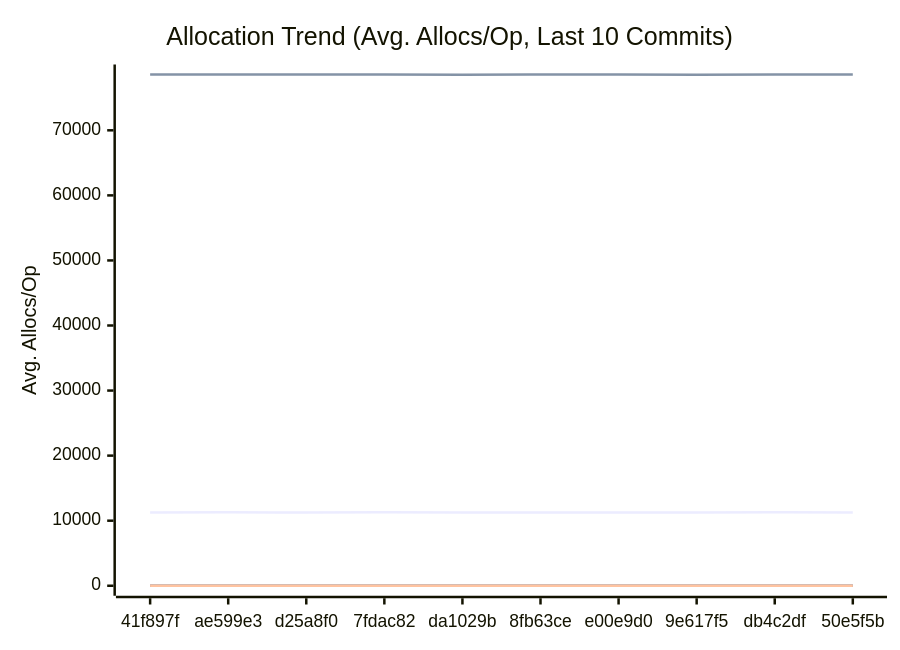
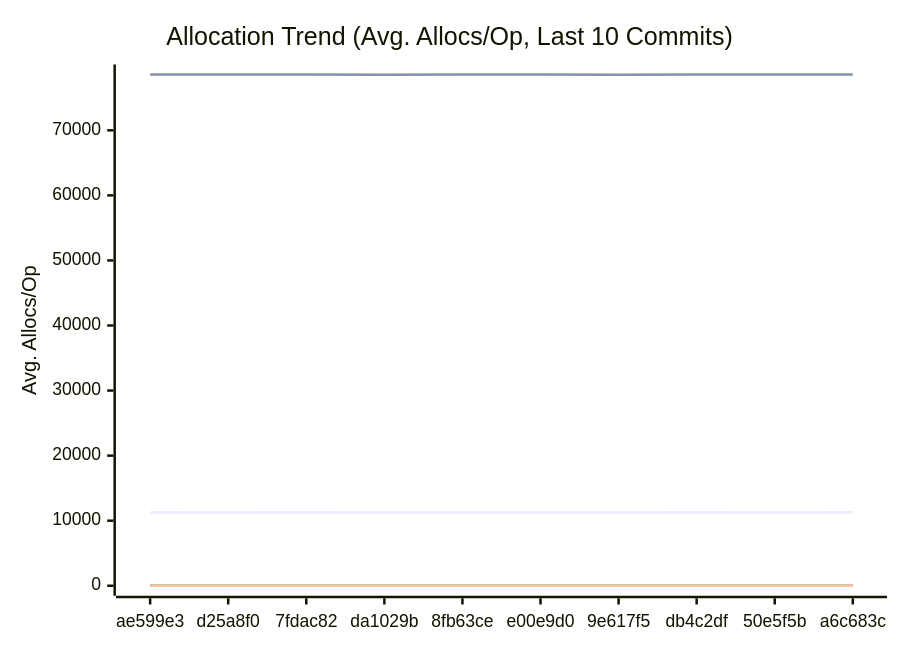
Before and after one commit to alsotoes/momo: the third of 3 diagrams in docs/PERFORMANCE.md, drawn with Mermaid. The commit also changed other lines of this file and 3 other files, not shown here.

````diff
--- a/docs/PERFORMANCE.md
+++ b/docs/PERFORMANCE.md
@@ -197,20 +197,20 @@
 ```mermaid
 xychart-beta
     title "Allocation Trend (Avg. Allocs/Op, Last 10 Commits)"
     x-axis "Commit"
     y-axis "Avg. Allocs/Op"
-    x-axis [41f897f,ae599e3,d25a8f0,7fdac82,da1029b,8fb63ce,e00e9d0,9e617f5,db4c2df,50e5f5b]
-    line "AWSChunkedReaderSigned" [11275,11278,11276,11292,11270,11274,11274,11275,11292,11274]
-    line "AWSChunkedReaderUnsigned" [78570,78570,78570,78560,78555,78563,78570,78558,78578,78566]
+    x-axis [ae599e3,d25a8f0,7fdac82,da1029b,8fb63ce,e00e9d0,9e617f5,db4c2df,50e5f5b,a6c683c]
+    line "AWSChunkedReaderSigned" [11278,11276,11292,11270,11274,11274,11275,11292,11274,11284]
+    line "AWSChunkedReaderUnsigned" [78570,78570,78560,78555,78563,78570,78558,78578,78566,78561]
     line "CheckMetricsAndSwap" [0,0,0,0,0,0,0,0,0,0]
     line "CrushOptimized" [0,0,0,0,0,0,0,0,0,0]
     line "CrushOriginal" [3,3,3,3,3,3,3,3,3,3]
     line "IndexDirectTracking" [0,0,0,0,0,0,0,0,0,0]
     line "IndexSearch" [0,0,0,0,0,0,0,0,0,0]
     line "LoadGlobalConfig" [54,54,54,54,54,54,54,54,54,54]
     line "PadString" [1,1,1,1,1,1,1,1,1,1]
     line "ParseReplicationOrder_NoPrealloc" [6,6,6,6,6,5,5,5,5,5]
     line "ParseReplicationOrder_Prealloc" [2,2,2,2,2,1,1,1,1,1]
     line "SanitizeLog/Safe" [0,0,0,0,0,0,0,0,0,0]
     line "SanitizeLog/Unsafe" [1,1,1,1,1,1,1,1,1,1]
 ```
````
